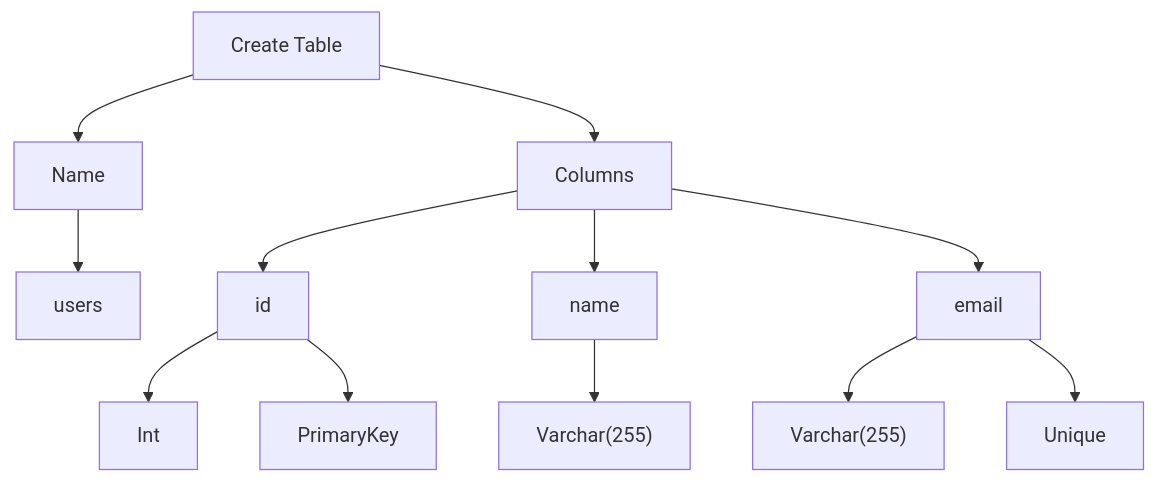
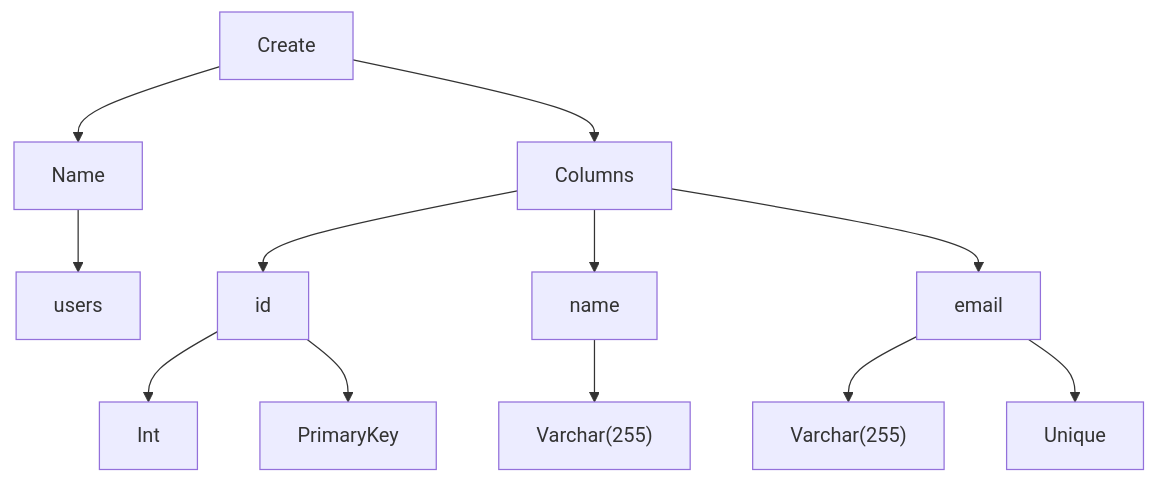
Before and after one commit to TickLabVN/challenges: the sixth of 6 diagrams in engineer/cs/simple-csv-query-tool/timelines/week_2/testcase.md, drawn with Mermaid.

````diff
--- a/engineer/cs/simple-csv-query-tool/timelines/week_2/testcase.md
+++ b/engineer/cs/simple-csv-query-tool/timelines/week_2/testcase.md
@@ -281,20 +281,20 @@
 ```mermaid
 flowchart TD
-    C[Create Table]
+    C[Create]
     C --> N[Name]
     C --> CL[Columns]
 
     N --> USERS[users]
     
     CL --> ID[id]
     CL --> NAME[name]
     CL --> EMAIL[email]
 
     ID --> INT[Int]
     ID --> PK[PrimaryKey]
 
     NAME --> VARCHAR1["Varchar(255)"]
     
     EMAIL --> VARCHAR2["Varchar(255)"]
     EMAIL --> UNIQUE[Unique]
 ```
````
